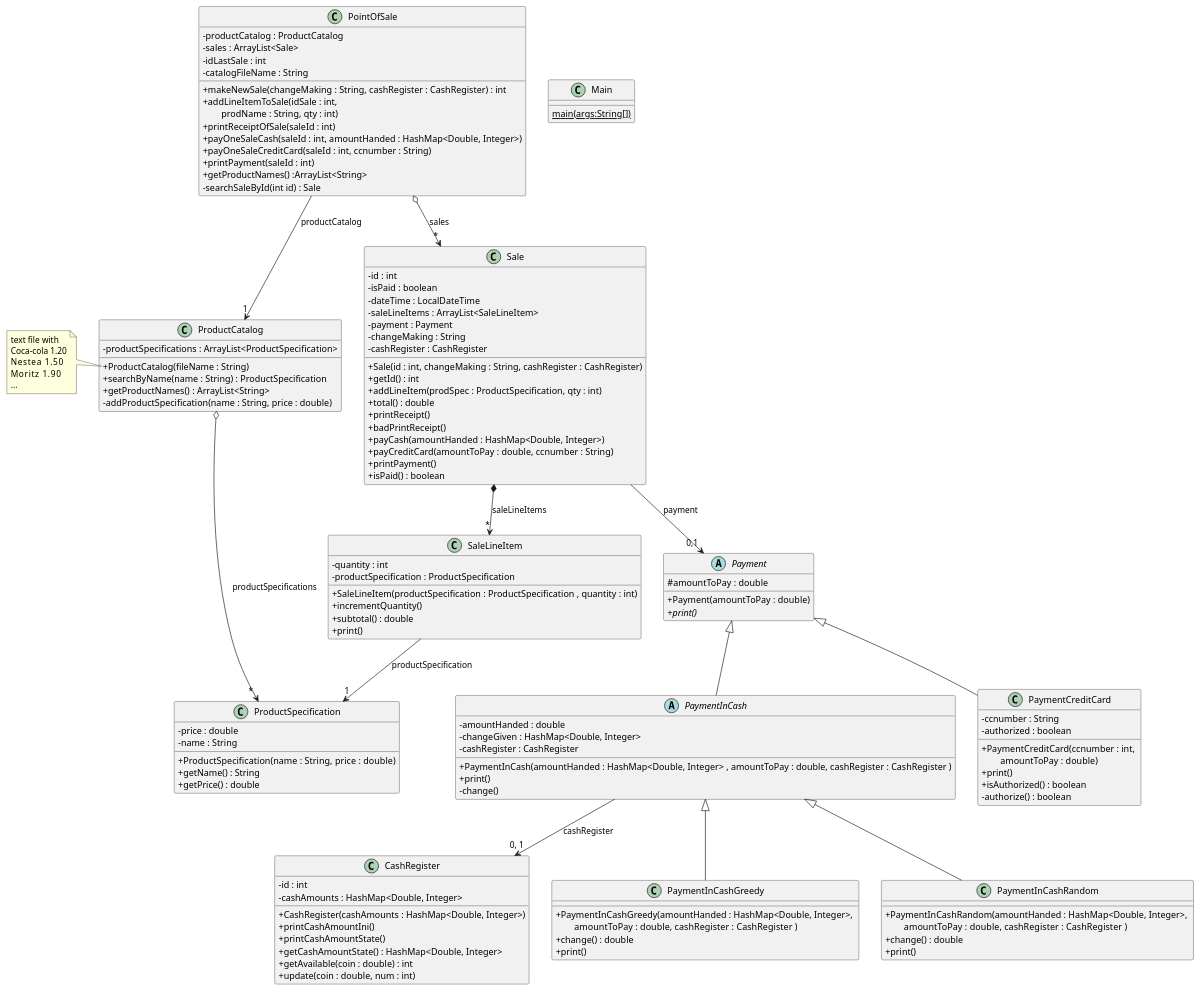
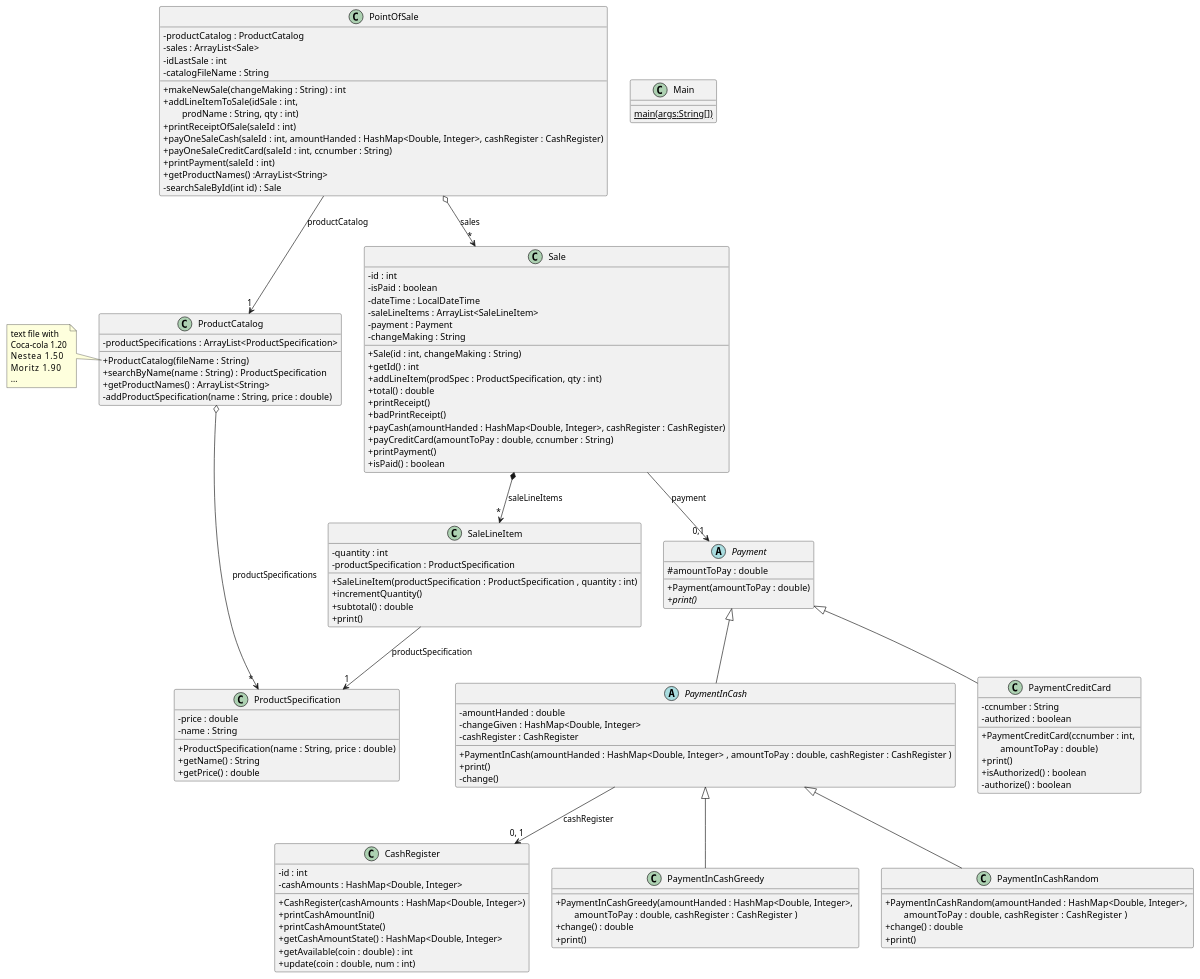
The diagram in PointOfSale-master/src/pos_creditcard/pos_final_cc.puml (NIU1667454/DS), drawn with PlantUML before and after one commit. The commit also changed 4 other files, not shown here.

```diff
--- a/PointOfSale-master/src/pos_creditcard/pos_final_cc.puml
+++ b/PointOfSale-master/src/pos_creditcard/pos_final_cc.puml
@@ -1,136 +1,135 @@
 @startuml
 'https://plantuml.com/class-diagram
 skinparam classAttributeIconSize 0
 
 class Main {
 {static} main(args:String[])
 }
 
 class PointOfSale {
 - productCatalog : ProductCatalog
 - sales : ArrayList<Sale>
 - idLastSale : int
 - catalogFileName : String
 
-+ makeNewSale(changeMaking : String, cashRegister : CashRegister) : int
++ makeNewSale(changeMaking : String) : int
 + addLineItemToSale(idSale : int, \n\tprodName : String, qty : int)
 + printReceiptOfSale(saleId : int)
-+ payOneSaleCash(saleId : int, amountHanded : HashMap<Double, Integer>)
++ payOneSaleCash(saleId : int, amountHanded : HashMap<Double, Integer>, cashRegister : CashRegister)
 + payOneSaleCreditCard(saleId : int, ccnumber : String)
 + printPayment(saleId : int)
 + getProductNames() :ArrayList<String>
 - searchSaleById(int id) : Sale
 }
 
 class ProductCatalog {
 - productSpecifications : ArrayList<ProductSpecification>
 + ProductCatalog(fileName : String)
 + searchByName(name : String) : ProductSpecification
 + getProductNames() : ArrayList<String>
 - addProductSpecification(name : String, price : double)
 }
 
 note left of ProductCatalog::ProductCatalog {
 text file with
 Coca-cola 1.20
 Nestea    1.50
 Moritz    1.90
 ...
 }
 
 class ProductSpecification {
 - price : double
 - name : String
 + ProductSpecification(name : String,  price : double)
 + getName() : String
 + getPrice() : double
 }
 
 class Sale {
 - id : int
 -isPaid : boolean
 - dateTime : LocalDateTime
 - saleLineItems : ArrayList<SaleLineItem>
 - payment : Payment
 - changeMaking : String
-- cashRegister : CashRegister
-+ Sale(id : int, changeMaking : String, cashRegister : CashRegister)
++ Sale(id : int, changeMaking : String)
 + getId() : int
 + addLineItem(prodSpec : ProductSpecification, qty : int)
 + total() : double
 + printReceipt()
 + badPrintReceipt()
-+ payCash(amountHanded : HashMap<Double, Integer>)
++ payCash(amountHanded : HashMap<Double, Integer>, cashRegister : CashRegister)
 + payCreditCard(amountToPay : double, ccnumber : String)
 + printPayment()
 + isPaid() : boolean
 }
 
 class SaleLineItem {
 - quantity : int
 -productSpecification : ProductSpecification
 +SaleLineItem(productSpecification : ProductSpecification , quantity : int)
 + incrementQuantity()
 + subtotal() : double
 + print()
 }
 
 abstract class Payment {
   # amountToPay : double
   + Payment(amountToPay : double)
   + {abstract} print()
 }
 class CashRegister {
 - id : int
 - cashAmounts : HashMap<Double, Integer>
 + CashRegister(cashAmounts : HashMap<Double, Integer>)
 + printCashAmountIni()
 + printCashAmountState()
 + getCashAmountState() : HashMap<Double, Integer>
 + getAvailable(coin : double) : int
 + update(coin : double, num : int)
 }
 
 PaymentInCash --> "0, 1" CashRegister : cashRegister
 
 abstract PaymentInCash extends Payment {
   - amountHanded : double
   - changeGiven : HashMap<Double, Integer>
   - cashRegister : CashRegister
   + PaymentInCash(amountHanded : HashMap<Double, Integer> , amountToPay : double, cashRegister : CashRegister )
   + print()
   - change()
 }
 
 Sale --> "0,1" Payment : payment
 
 class PaymentInCashGreedy extends PaymentInCash
 {
     + PaymentInCashGreedy(amountHanded : HashMap<Double, Integer>, \n\tamountToPay :  double, cashRegister : CashRegister )
     + change() : double
     + print()
 }
 
 class PaymentInCashRandom extends PaymentInCash
 {
     + PaymentInCashRandom(amountHanded : HashMap<Double, Integer>, \n\tamountToPay :  double, cashRegister : CashRegister )
     + change() : double
     + print()
 }
 
 class PaymentCreditCard extends Payment {
   - ccnumber : String
   - authorized : boolean  
   + PaymentCreditCard(ccnumber : int, \n\tamountToPay : double)
   + print()
   + isAuthorized() : boolean
   - authorize() : boolean
 }
 
 PointOfSale o--> "*" Sale : sales
 Sale *--> "*" SaleLineItem : saleLineItems
 SaleLineItem --> "1" ProductSpecification : productSpecification
 PointOfSale --> "1" ProductCatalog : productCatalog
 ProductCatalog o--> " * " ProductSpecification : productSpecifications
 
 @enduml
```
